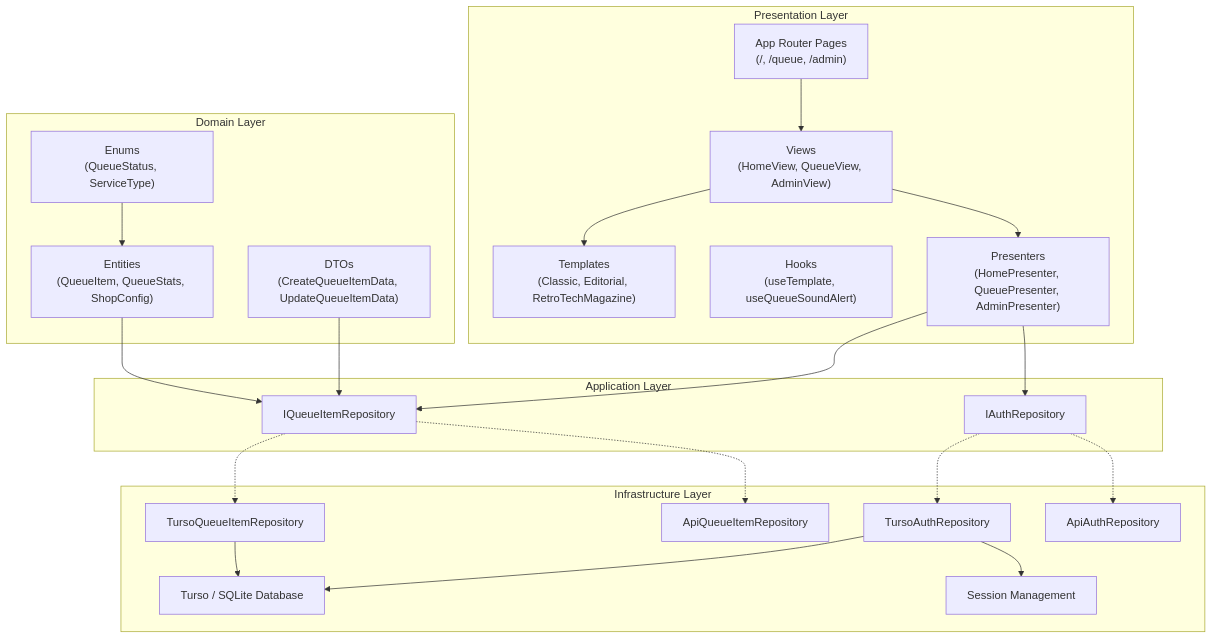
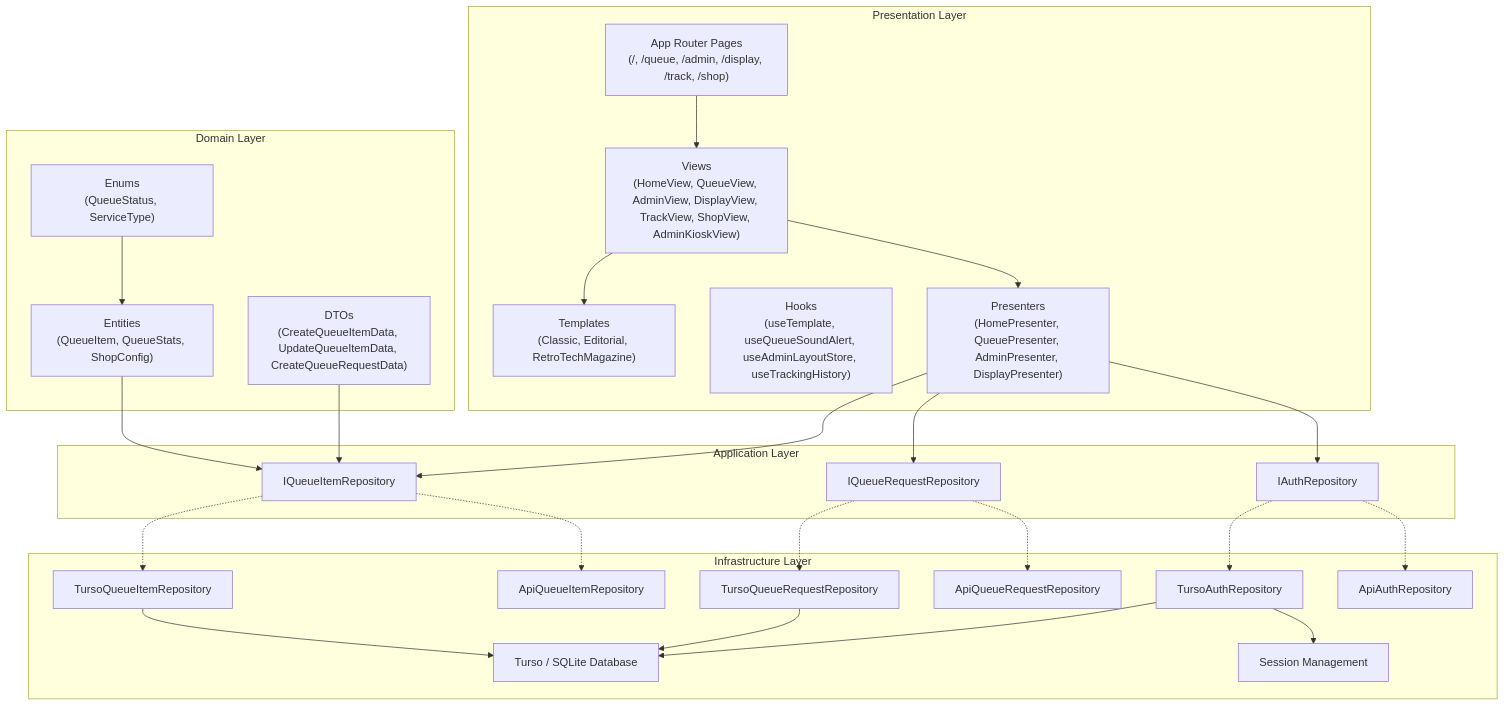
The first of 9 diagrams in .agent/ai_workspace_context.md (danya0365/quick-queue-nextjs), drawn with Mermaid before and after one commit. The commit also changed other lines of this file, not shown here.

````diff
--- a/.agent/ai_workspace_context.md
+++ b/.agent/ai_workspace_context.md
@@ -29,46 +30,53 @@
 ```mermaid
 graph TB
     subgraph "Presentation Layer"
-        Pages["App Router Pages<br/>(/, /queue, /admin)"]
-        Views["Views<br/>(HomeView, QueueView, AdminView)"]
+        Pages["App Router Pages<br/>(/, /queue, /admin, /display, /track, /shop)"]
+        Views["Views<br/>(HomeView, QueueView, AdminView, DisplayView, TrackView, ShopView, AdminKioskView)"]
         Templates["Templates<br/>(Classic, Editorial, RetroTechMagazine)"]
-        Hooks["Hooks<br/>(useTemplate, useQueueSoundAlert)"]
-        Presenters["Presenters<br/>(HomePresenter, QueuePresenter, AdminPresenter)"]
+        Hooks["Hooks<br/>(useTemplate, useQueueSoundAlert, useAdminLayoutStore, useTrackingHistory)"]
+        Presenters["Presenters<br/>(HomePresenter, QueuePresenter, AdminPresenter, DisplayPresenter)"]
     end
 
     subgraph "Application Layer"
         IQueueItemRepo["IQueueItemRepository"]
+        IQueueRequestRepo["IQueueRequestRepository"]
         IAuthRepo["IAuthRepository"]
     end
 
     subgraph "Domain Layer"
         Entities["Entities<br/>(QueueItem, QueueStats, ShopConfig)"]
         Enums["Enums<br/>(QueueStatus, ServiceType)"]
-        DTOs["DTOs<br/>(CreateQueueItemData, UpdateQueueItemData)"]
+        DTOs["DTOs<br/>(CreateQueueItemData, UpdateQueueItemData, CreateQueueRequestData)"]
     end
 
     subgraph "Infrastructure Layer"
         TursoRepo["TursoQueueItemRepository"]
+        TursoReqRepo["TursoQueueRequestRepository"]
         TursoAuth["TursoAuthRepository"]
         ApiRepo["ApiQueueItemRepository"]
+        ApiReqRepo["ApiQueueRequestRepository"]
         ApiAuth["ApiAuthRepository"]
         DB["Turso / SQLite Database"]
         Session["Session Management"]
     end
 
     Pages --> Views
     Views --> Templates
     Views --> Presenters
     Presenters --> IQueueItemRepo
+    Presenters --> IQueueRequestRepo
     Presenters --> IAuthRepo
     IQueueItemRepo -.-> TursoRepo
     IQueueItemRepo -.-> ApiRepo
+    IQueueRequestRepo -.-> TursoReqRepo
+    IQueueRequestRepo -.-> ApiReqRepo
     IAuthRepo -.-> TursoAuth
     IAuthRepo -.-> ApiAuth
     TursoRepo --> DB
+    TursoReqRepo --> DB
     TursoAuth --> DB
     TursoAuth --> Session
     Entities --> IQueueItemRepo
     Enums --> Entities
     DTOs --> IQueueItemRepo
 ```
````
